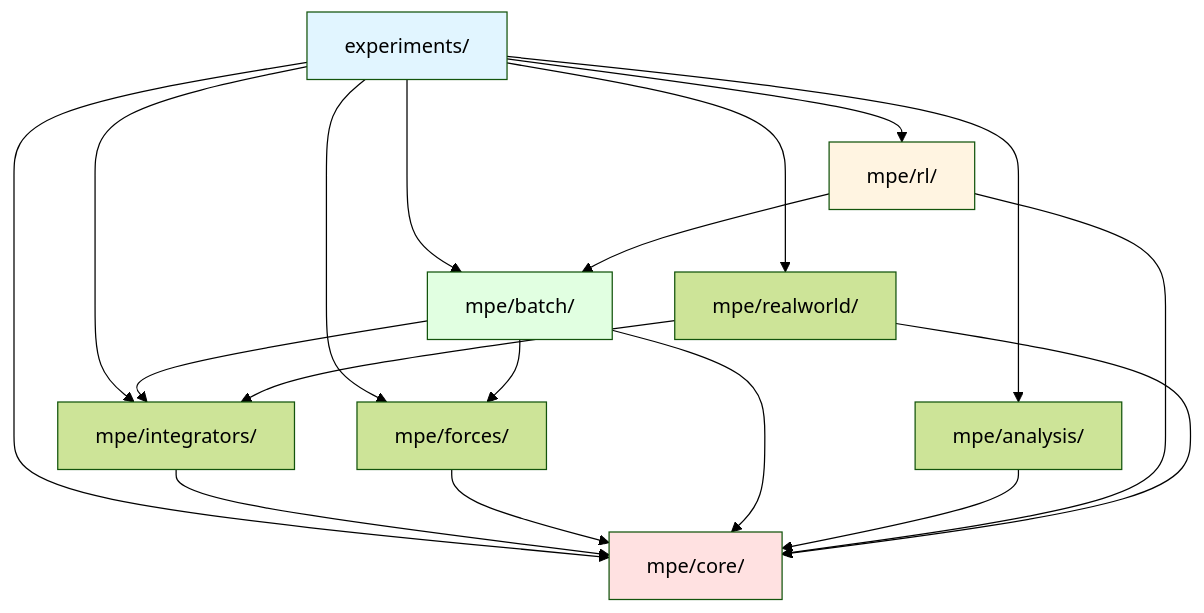
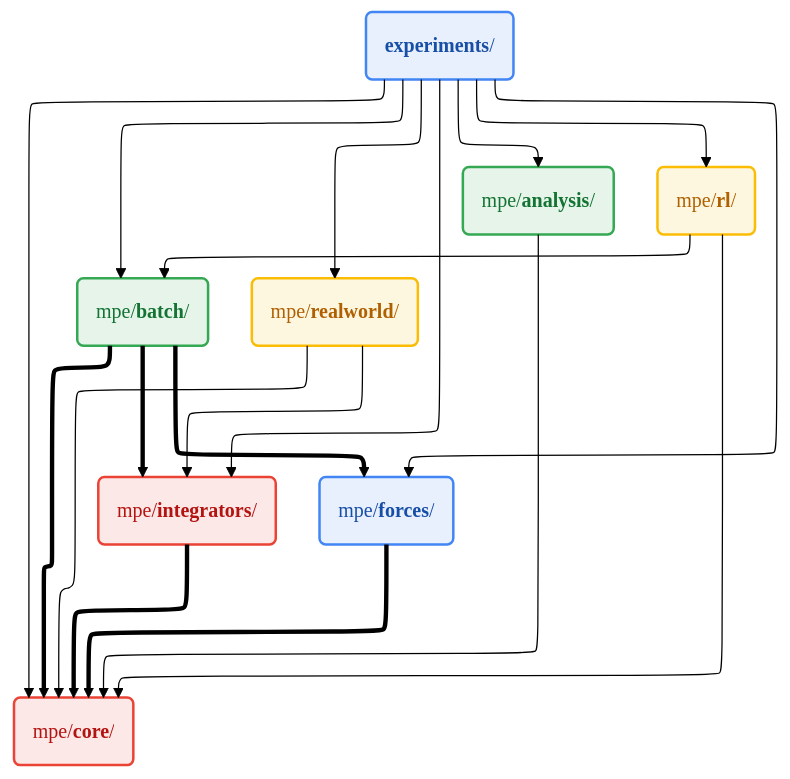
Before and after one commit to suriyasureshok/Minimal_Physics_Simulator: the fifth of 5 diagrams in README.md, drawn with Mermaid (forest theme). The commit also changed other lines of this file, not shown here.

Commit message:
Refactor README.md diagrams for improved clarity and styling

````diff
--- a/README.md
+++ b/README.md
@@ -366,36 +458,28 @@
 ```mermaid
-graph TD
-    Exp[experiments/]
-    
-    Core[mpe/core/]
-    Int[mpe/integrators/]
-    Force[mpe/forces/]
-    Batch[mpe/batch/]
-    Analysis[mpe/analysis/]
-    RL[mpe/rl/]
-    Real[mpe/realworld/]
-    
-    Exp --> Core
-    Exp --> Int
-    Exp --> Force
-    Exp --> Batch
-    Exp --> Analysis
-    Exp --> RL
-    Exp --> Real
-    
-    Int --> Core
-    Force --> Core
-    Batch --> Core
-    Batch --> Int
-    Batch --> Force
+---
+config:
+  layout: elk
+---
+flowchart TB
+    Exp("<b>experiments</b>/") --> Core("mpe/<b>core</b>/") & Int("mpe/<b>integrators</b>/") & Force("mpe/<b>forces</b>/") & Batch("mpe/<b>batch</b>/") & Analysis("mpe/<b>analysis</b>/") & RL("mpe/<b>rl</b>/") & Real("mpe/<b>realworld</b>/")
+    Int ==> Core
+    Force ==> Core
+    Batch ==> Core & Int & Force
     Analysis --> Core
-    RL --> Batch
-    RL --> Core
-    Real --> Core
-    Real --> Int
-    
-    style Exp fill:#e1f5ff
-    style Core fill:#ffe1e1
-    style Batch fill:#e1ffe1
-    style RL fill:#fff4e1
+    RL --> Batch & Core
+    Real --> Core & Int
+
+     Exp:::gBlue
+     Core:::gRed
+     Int:::gRed
+     Force:::gBlue
+     Batch:::gGreen
+     Analysis:::gGreen
+     RL:::gYellow
+     Real:::gYellow
+    classDef default font-family:'Google Sans',Arial,sans-serif,color:#202124
+    classDef gBlue fill:#E8F0FE,stroke:#4285F4,stroke-width:2px,color:#174EA6
+    classDef gRed fill:#FCE8E6,stroke:#EA4335,stroke-width:2px,color:#B31412
+    classDef gGreen fill:#E6F4EA,stroke:#34A853,stroke-width:2px,color:#137333
+    classDef gYellow fill:#FEF7E0,stroke:#FBBC04,stroke-width:2px,color:#B06000
 ```
````
